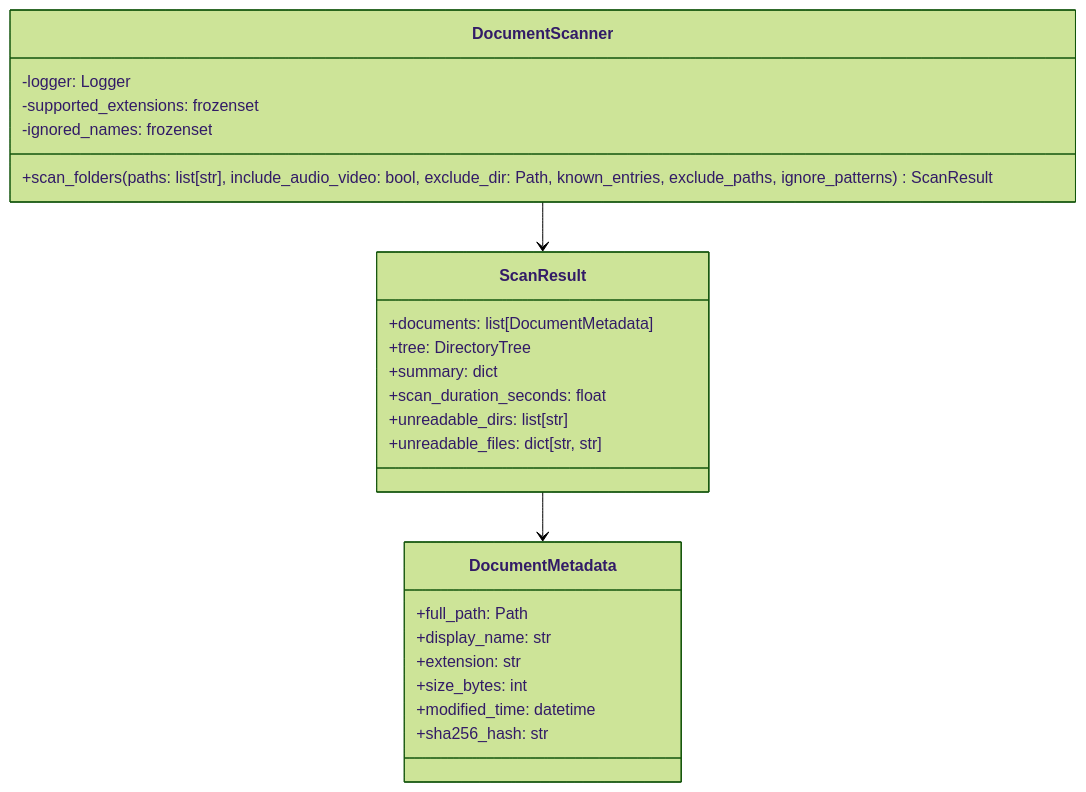
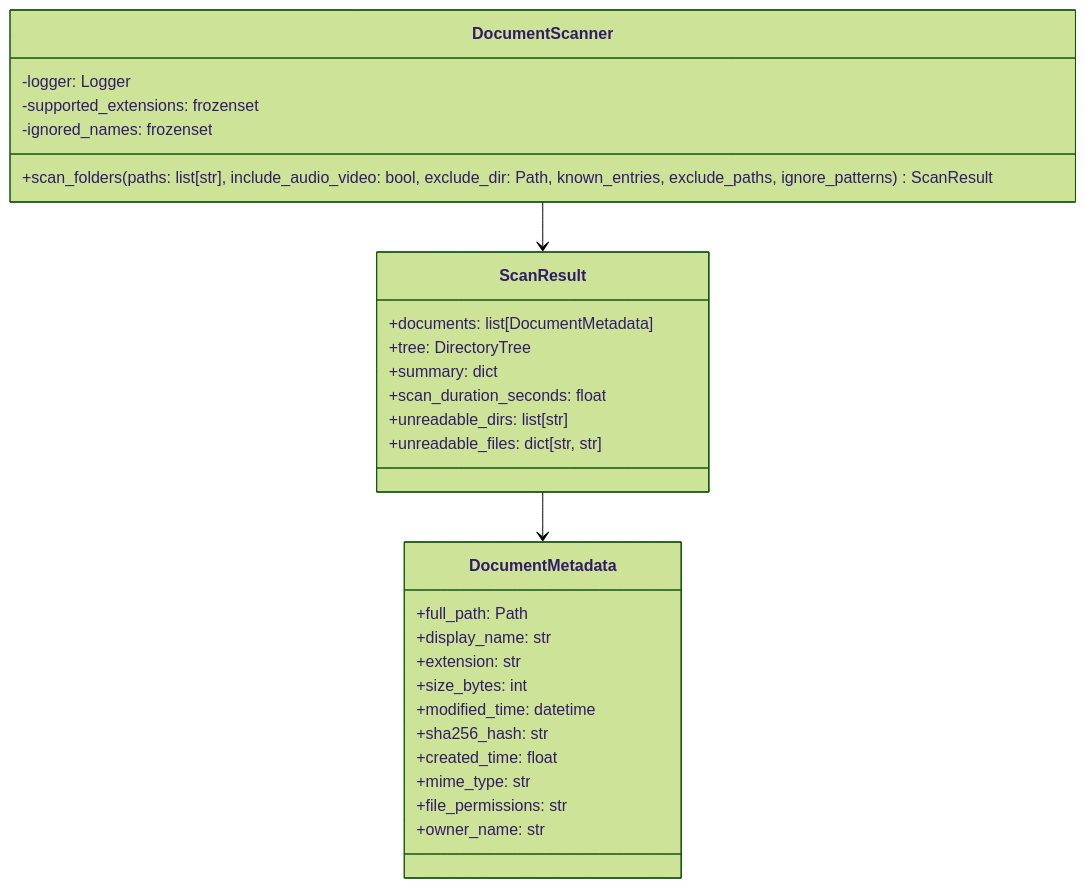
Before and after one commit to fmanza/doc_organize: the diagram in docs/api/scanner.md, drawn with Mermaid (forest theme). The commit also changed other lines of this file and 16 other files, not shown here.

````diff
--- a/docs/api/scanner.md
+++ b/docs/api/scanner.md
@@ -7,30 +7,34 @@
 ```mermaid
 classDiagram
     class DocumentScanner {
         -logger: Logger
         -supported_extensions: frozenset
         -ignored_names: frozenset
         +scan_folders(paths: list[str], include_audio_video: bool, exclude_dir: Path, known_entries, exclude_paths, ignore_patterns) ScanResult
     }
     
     class ScanResult {
         +documents: list[DocumentMetadata]
         +tree: DirectoryTree
         +summary: dict
         +scan_duration_seconds: float
         +unreadable_dirs: list[str]
         +unreadable_files: dict[str, str]
     }
     
     class DocumentMetadata {
         +full_path: Path
         +display_name: str
         +extension: str
         +size_bytes: int
         +modified_time: datetime
         +sha256_hash: str
+        +created_time: float
+        +mime_type: str
+        +file_permissions: str
+        +owner_name: str
     }
     
     DocumentScanner --> ScanResult
     ScanResult --> DocumentMetadata
 ```
````
